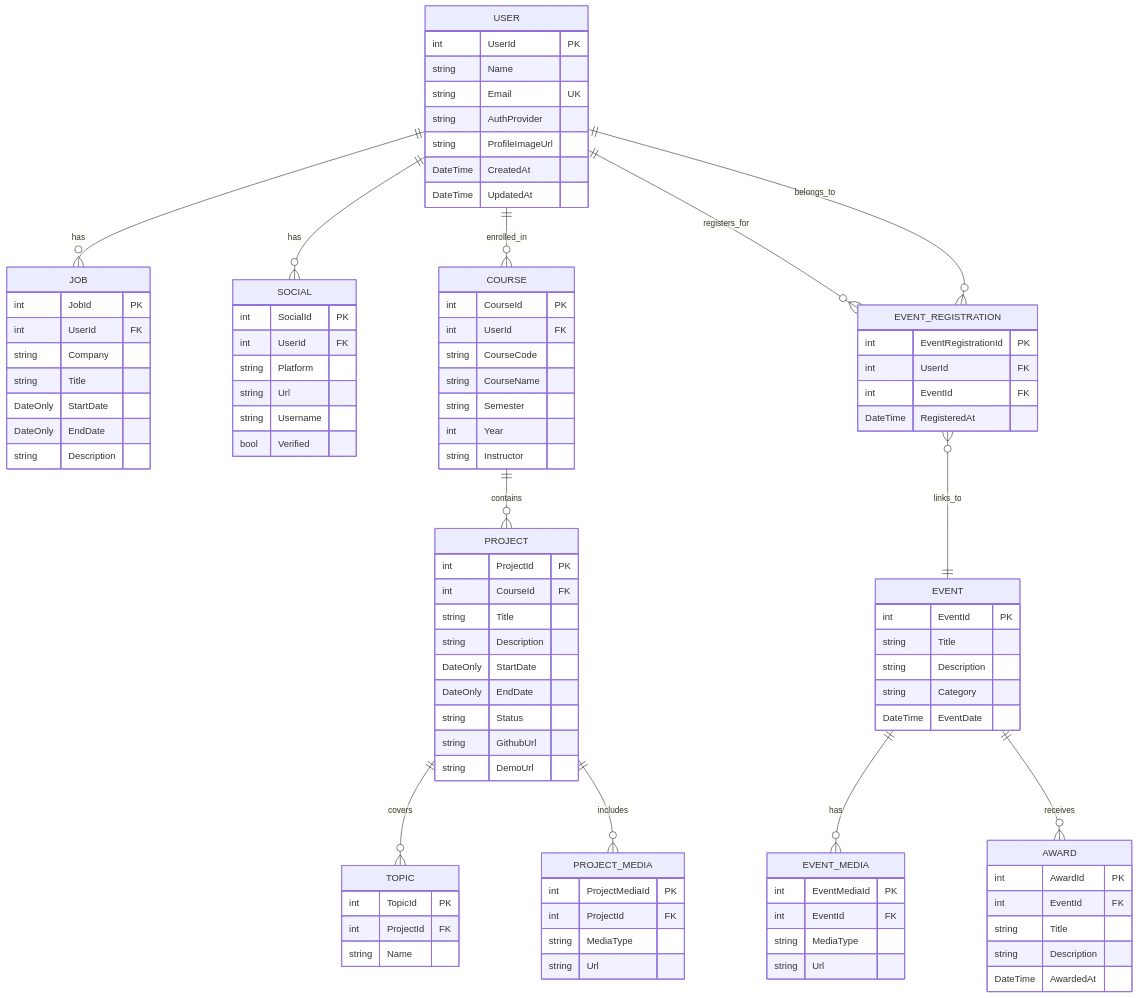
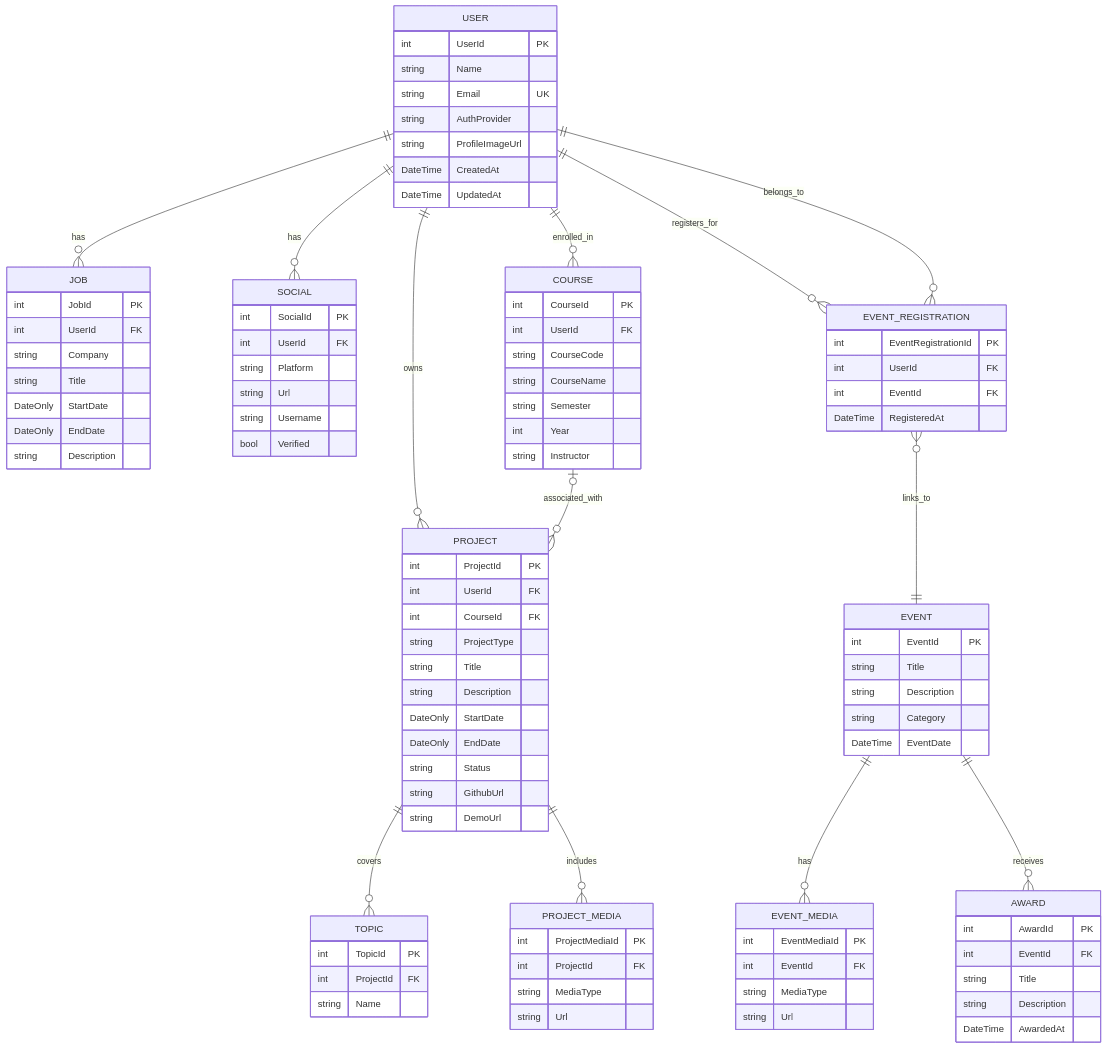
One commit to Etown-CS/JayWiki changed the diagram in Docs/ERD/DB_SCHEMA.md. Above: the diagram before and after it, drawn with Mermaid. The commit also changed other lines of this file and 5 other files, not shown here.

First line of the commit message:
Add project ownership and type; make Course optional

```diff
--- a/Docs/ERD/DB_SCHEMA.md
+++ b/Docs/ERD/DB_SCHEMA.md
@@ -14,7 +14,8 @@
     USER ||--o{ SOCIAL : has
     USER ||--o{ COURSE : enrolled_in
     USER ||--o{ EVENT_REGISTRATION : registers_for
-    COURSE ||--o{ PROJECT : contains
+    USER ||--o{ PROJECT : owns
+    COURSE |o--o{ PROJECT : associated_with
     PROJECT ||--o{ TOPIC : covers
     PROJECT ||--o{ PROJECT_MEDIA : includes
     EVENT_REGISTRATION }o--|| EVENT : links_to
@@ -63,7 +64,9 @@
     
     PROJECT {
         int ProjectId PK
+        int UserId FK
         int CourseId FK
+        string ProjectType
         string Title
         string Description
         DateOnly StartDate
```
